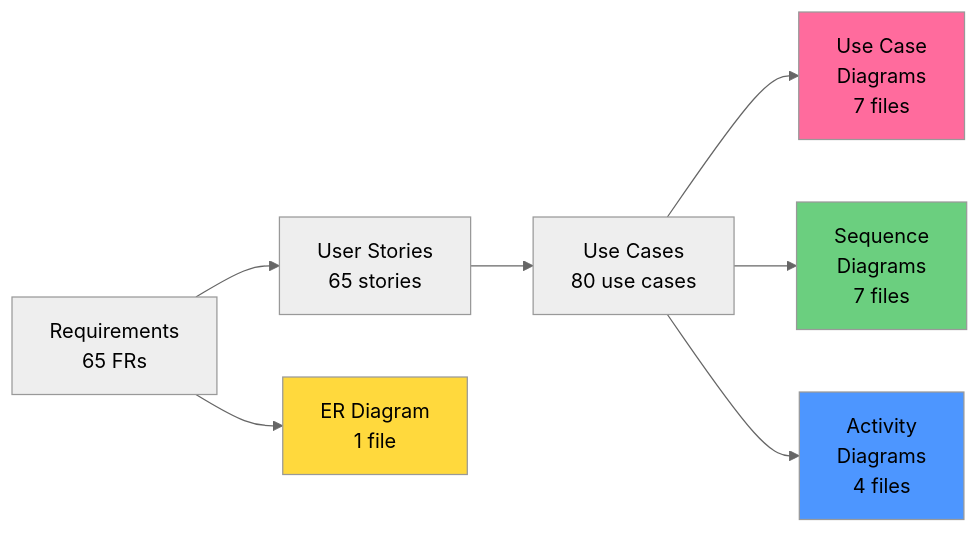
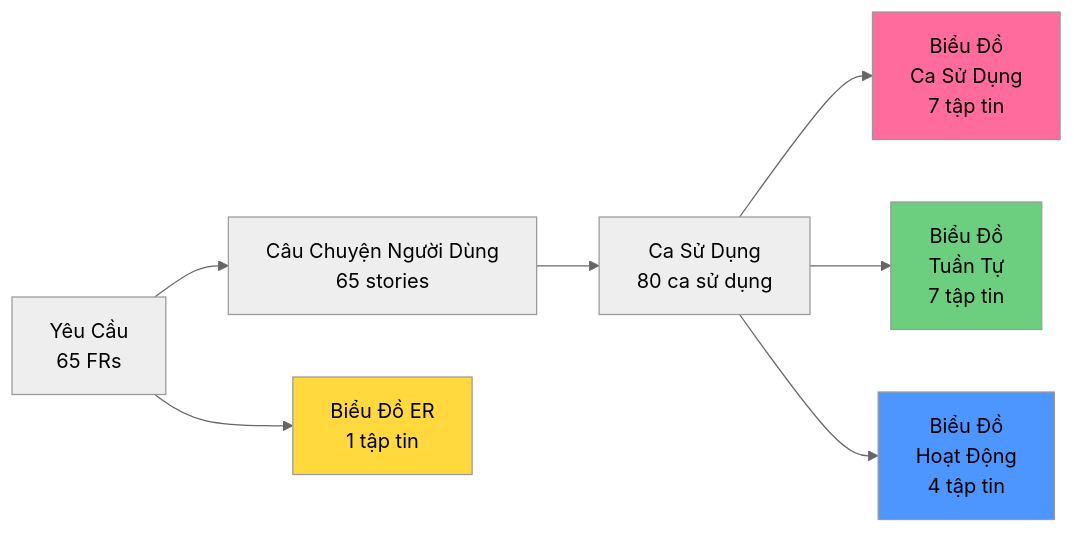
The diagram in docs/06_Diagrams/README.md (Ng0cTh4nhk5/ufpms-docs), drawn with Mermaid (neutral theme) before and after one commit. The commit also changed other lines of this file and 70 other files, not shown here.

````diff
--- a/docs/06_Diagrams/README.md
+++ b/docs/06_Diagrams/README.md
@@ -175,14 +175,14 @@
 ```mermaid
 graph LR
-    REQ[Requirements<br/>65 FRs] --> US[User Stories<br/>65 stories]
-    US --> UC[Use Cases<br/>80 use cases]
-    UC --> UCD[Use Case<br/>Diagrams<br/>7 files]
-    UC --> SEQ[Sequence<br/>Diagrams<br/>7 files]
-    UC --> ACT[Activity<br/>Diagrams<br/>4 files]
-    REQ --> ERD[ER Diagram<br/>1 file]
+    REQ[Yêu Cầu<br/>65 FRs] --> US[Câu Chuyện Người Dùng<br/>65 stories]
+    US --> UC[Ca Sử Dụng<br/>80 ca sử dụng]
+    UC --> UCD[Biểu Đồ<br/>Ca Sử Dụng<br/>7 tập tin]
+    UC --> SEQ[Biểu Đồ<br/>Tuần Tự<br/>7 tập tin]
+    UC --> ACT[Biểu Đồ<br/>Hoạt Động<br/>4 tập tin]
+    REQ --> ERD[Biểu Đồ ER<br/>1 tập tin]
     
     style UCD fill:#ff6b9d
     style SEQ fill:#6bcf7f
     style ACT fill:#4d96ff
     style ERD fill:#ffd93d
 ```
````
